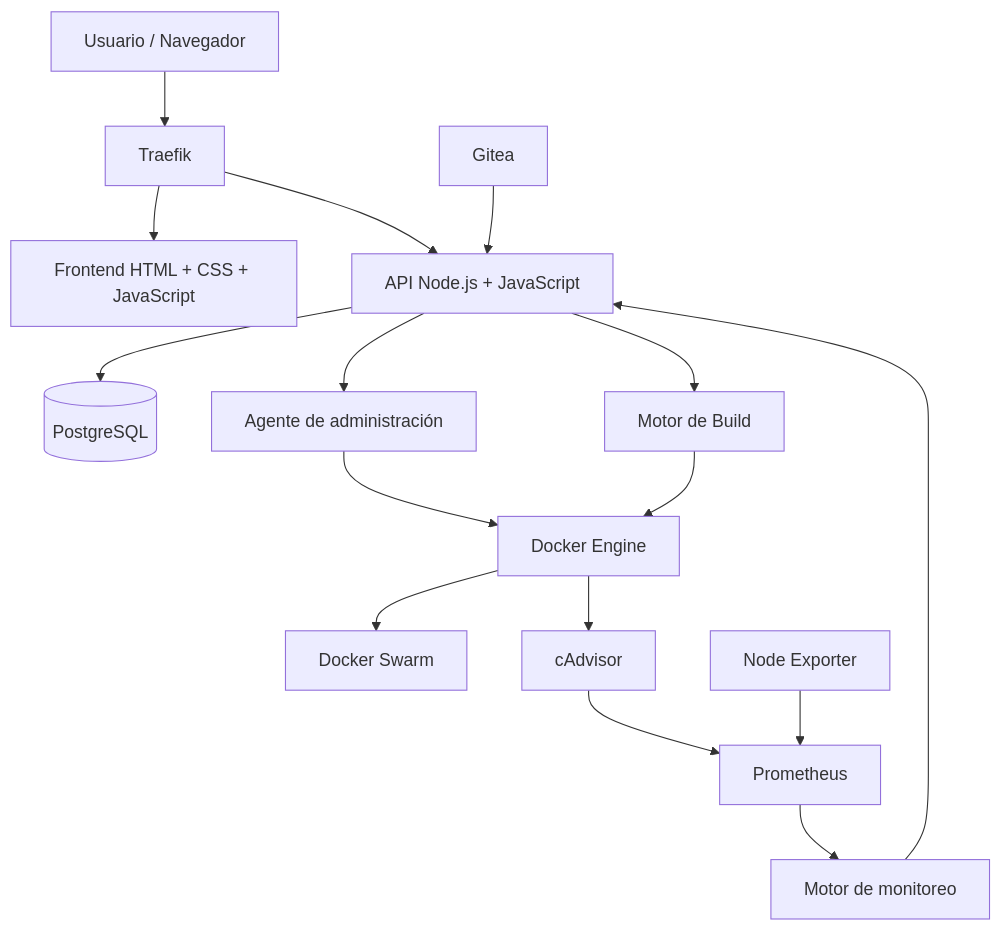
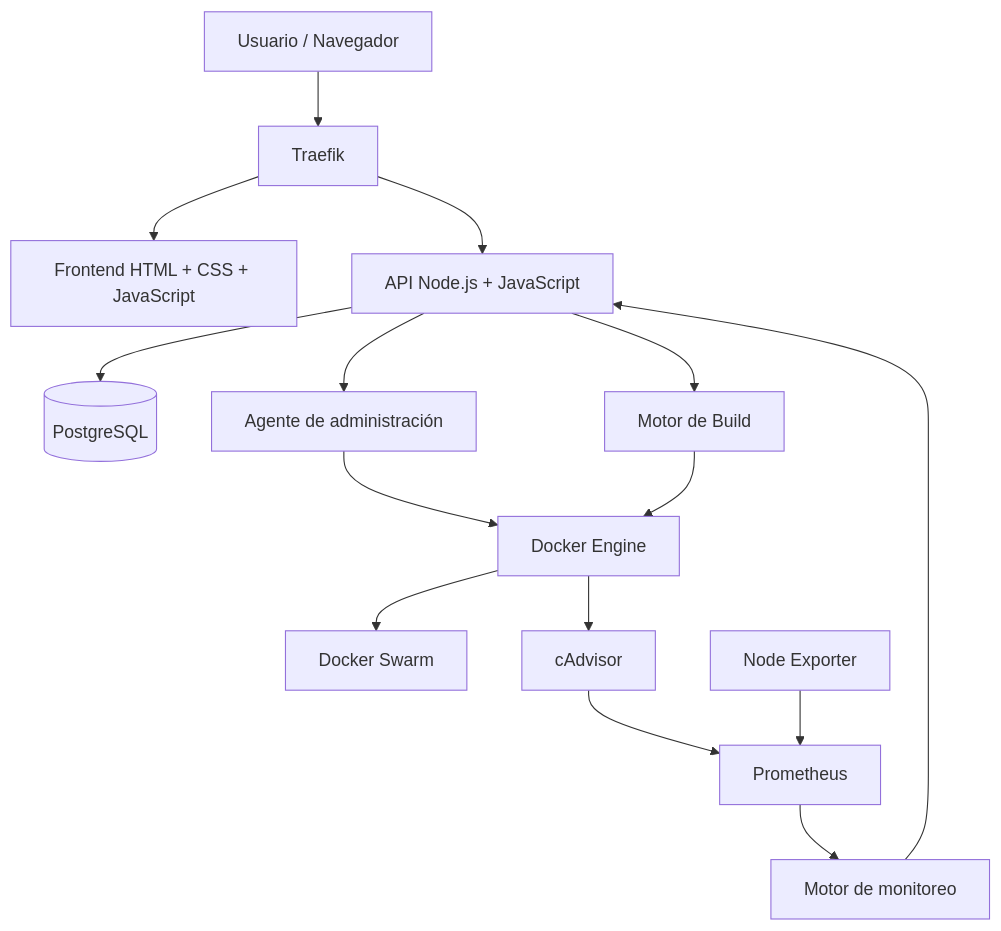
Before and after one commit to self-david/baco-vps-visor: the diagram in readme.md, drawn with Mermaid. The commit also changed other lines of this file and 13 other files, not shown here.

````diff
--- a/readme.md
+++ b/readme.md
@@ -57,33 +56,31 @@
 ```mermaid
 flowchart TD
     U[Usuario / Navegador]
     G[Traefik]
     F[Frontend HTML + CSS + JavaScript]
     A[API Node.js + JavaScript]
     DB[(PostgreSQL)]
     AG[Agente de administración]
     D[Docker Engine]
     S[Docker Swarm]
-    GT[Gitea]
     B[Motor de Build]
     M[Prometheus]
     C[cAdvisor]
     N[Node Exporter]
     MON[Motor de monitoreo]
 
     U --> G
     G --> F
     G --> A
     A --> DB
     A --> AG
     AG --> D
     D --> S
-    GT --> A
     A --> B
     B --> D
     C --> M
     N --> M
     D --> C
     M --> MON
     MON --> A
 ```
````
